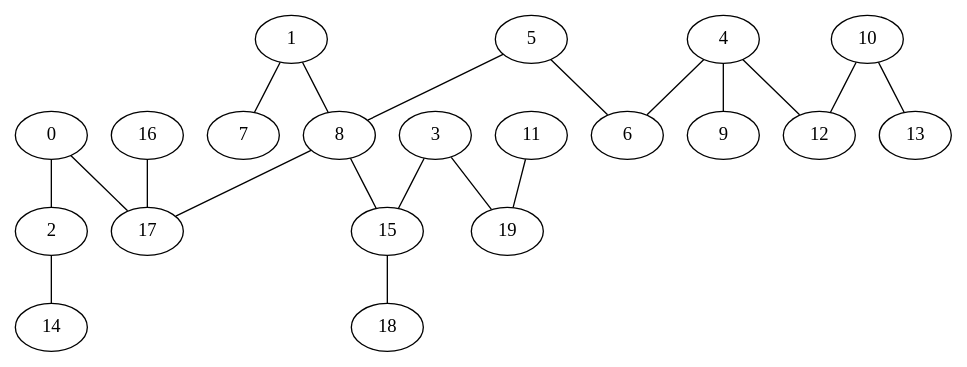
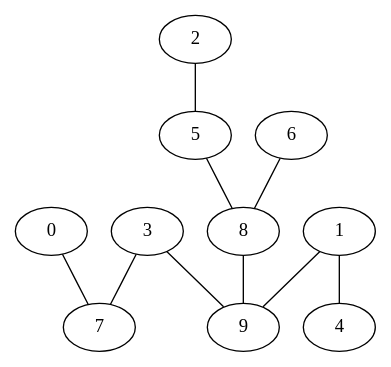
One commit to feichay10/Practicas_CyA_2425 changed the diagram in Practica_11_Algoritmos_Voraces_EMST/graph.dot. Above: the diagram before and after it, drawn with Graphviz. The commit also changed 41 other files, not shown here.

```diff
--- a/Practica_11_Algoritmos_Voraces_EMST/graph.dot
+++ b/Practica_11_Algoritmos_Voraces_EMST/graph.dot
@@ -1,41 +1,21 @@
 graph {
     0 [pos="68,-21!"];
     1 [pos="57,60!"];
     2 [pos="82,-60!"];
     3 [pos="-33,54!"];
     4 [pos="-44,11!"];
     5 [pos="-5,26!"];
     6 [pos="-27,3!"];
     7 [pos="90,83!"];
     8 [pos="27,43!"];
     9 [pos="-72,21!"];
-    10 [pos="-97,-51!"];
-    11 [pos="-73,61!"];
-    12 [pos="-69,-20!"];
-    13 [pos="-74,-78!"];
-    14 [pos="100,-56!"];
-    15 [pos="3,68!"];
-    16 [pos="23,-41!"];
-    17 [pos="28,5!"];
-    18 [pos="-1,95!"];
-    19 [pos="-41,54!"];
-    2 -- 14 
-    0 -- 2 
-    10 -- 13 
-    3 -- 19 
-    11 -- 19 
-    4 -- 6 
-    4 -- 9 
-    5 -- 6 
-    1 -- 8 
-    15 -- 18 
-    8 -- 15 
+    1 -- 4 
     5 -- 8 
-    8 -- 17 
-    3 -- 15 
-    4 -- 12 
-    1 -- 7 
-    10 -- 12 
-    16 -- 17 
-    0 -- 17 
+    6 -- 8 
+    3 -- 9 
+    8 -- 9 
+    3 -- 7 
+    1 -- 9 
+    0 -- 7 
+    2 -- 5 
   }
```
